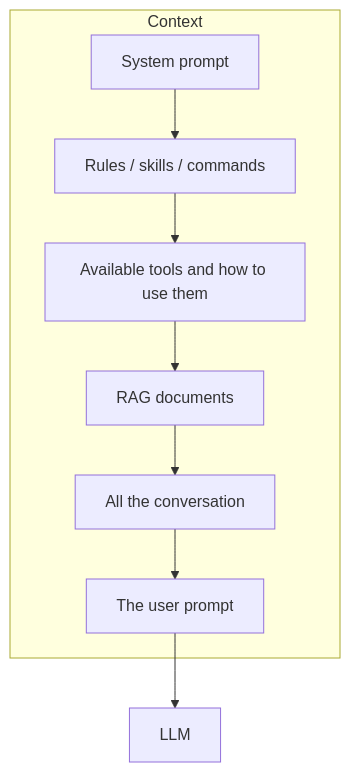
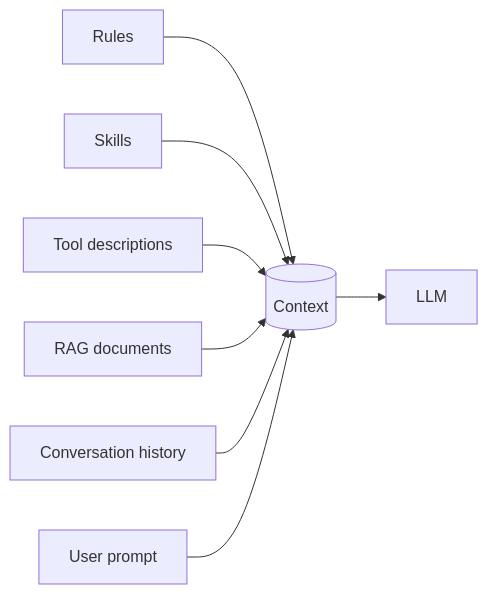
Before and after one commit to ilsasdo/its-all-about-prompting: the sixth of 7 diagrams in PRESENTATION.md, drawn with Mermaid. The commit also changed other lines of this file, not shown here.

````diff
--- a/PRESENTATION.md
+++ b/PRESENTATION.md
@@ -160,12 +179,10 @@
 ```mermaid
-flowchart TB
-    subgraph Context
-        S[System prompt]
-        R[Rules / skills / commands]
-        T[Available tools and how to use them]
-        G[RAG documents]
-        H[All the conversation]
-        U[The user prompt]
-    end
-    S --> R --> T --> G --> H --> U --> LLM
+flowchart LR
+    R[Rules] --> P
+    S[Skills] --> P
+    T[Tool descriptions] --> P
+    G[RAG documents] --> P
+    H[Conversation history] --> P
+    U[User prompt] --> P
+    P[(Context)] --> L[LLM]
 ```
````
